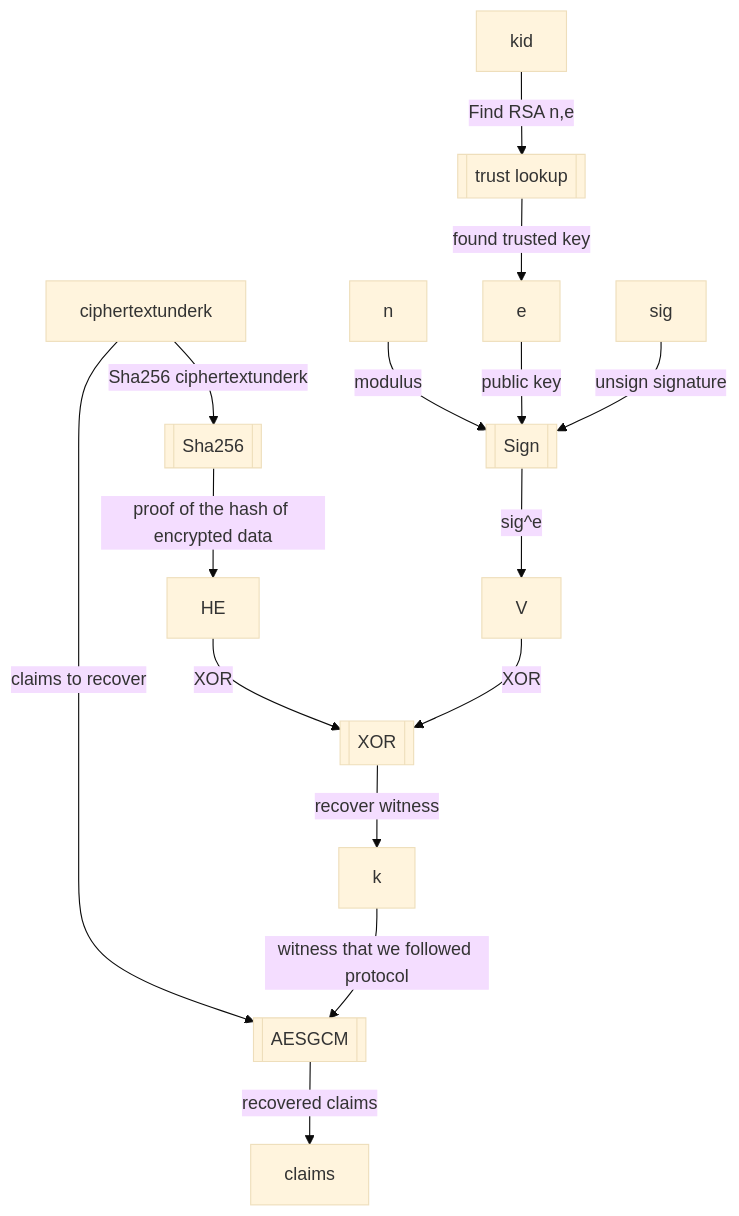
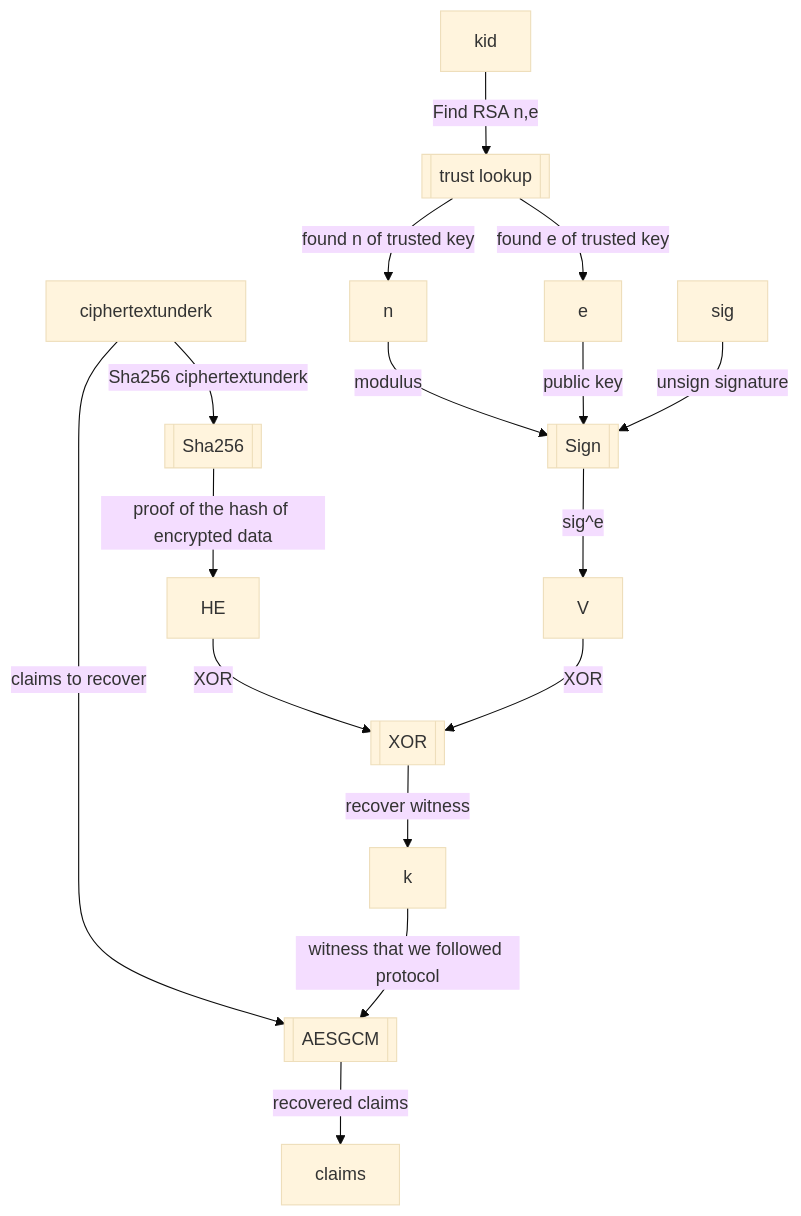
The fourth of 4 diagrams in README.md (rfielding/whiskeyTango), drawn with Mermaid (base theme) before and after one commit.

Commit message:
update diagram

````diff
--- a/README.md
+++ b/README.md
@@ -171,22 +171,23 @@
 ```mermaid
 flowchart TB
   Sha256[[Sha256]]
   ciphertextunderk-- Sha256 ciphertextunderk -->Sha256
   Sha256-- proof of the hash of encrypted data -->HE
   Sign[[Sign]]
   n-- modulus -->Sign
   e-- public key -->Sign
   sig-- unsign signature -->Sign
   trustlookup[[trust lookup]]
   kid-- Find RSA n,e -->trustlookup
-  trustlookup-- found trusted key -->e
+  trustlookup-- found e of trusted key -->e
+  trustlookup-- found n of trusted key -->n
   Sign-- sig^e -->V
   XOR[[XOR]]
   V-- XOR -->XOR
   HE-- XOR -->XOR
   XOR-- recover witness -->k
   AESGCM[[AESGCM]]
   ciphertextunderk-- claims to recover -->AESGCM  
   k-- witness that we followed protocol -->AESGCM  
   AESGCM-- recovered claims -->claims 
 ```
````
